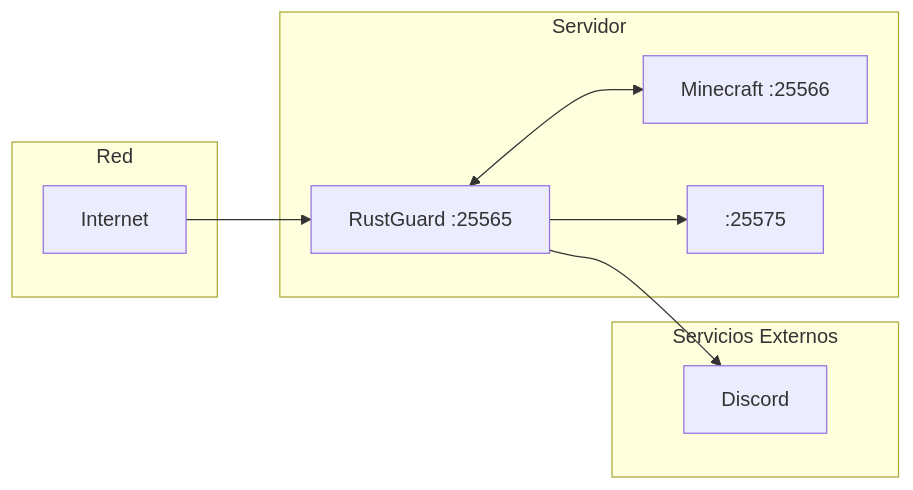
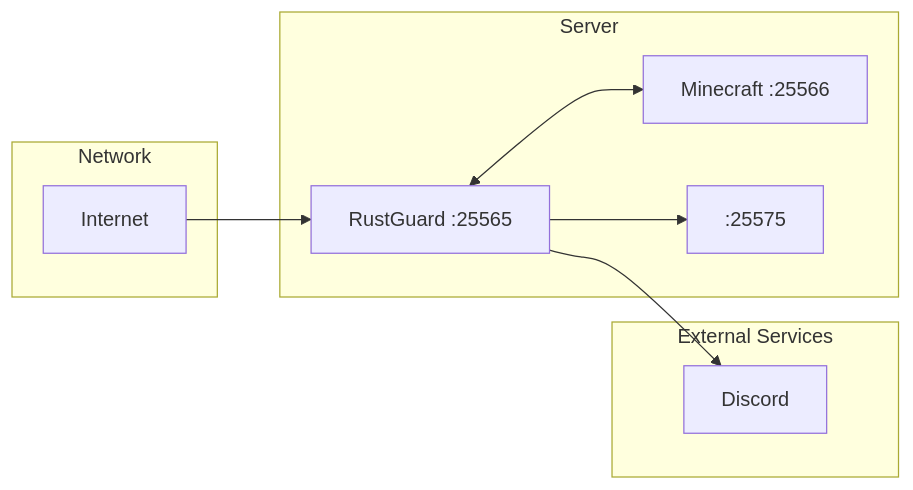
One commit to CompileRider/RustGuard changed the diagram in docs/analyze server responses.md. Above: the diagram before and after it, drawn with Mermaid. The commit also changed other lines of this file, not shown here.

````diff
--- a/docs/analyze server responses.md
+++ b/docs/analyze server responses.md
@@ -14,21 +14,21 @@
 ```mermaid
 graph LR
-    subgraph "Red"
+    subgraph "Network"
         I[Internet]
     end
     
-    subgraph "Servidor"
+    subgraph "Server"
         RP[RustGuard :25565]
         MS[Minecraft :25566]
         RCON[:25575]
     end
     
-    subgraph "Servicios Externos"
+    subgraph "External Services"
         DC[Discord]
     end
     
     I --> RP
     RP <--> MS
     RP --> RCON
     RP --> DC
 ```
````
